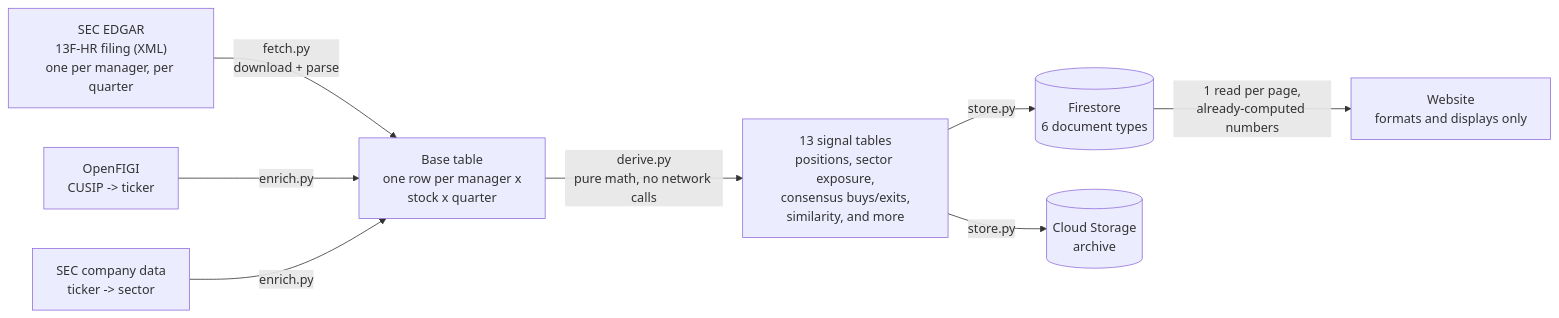
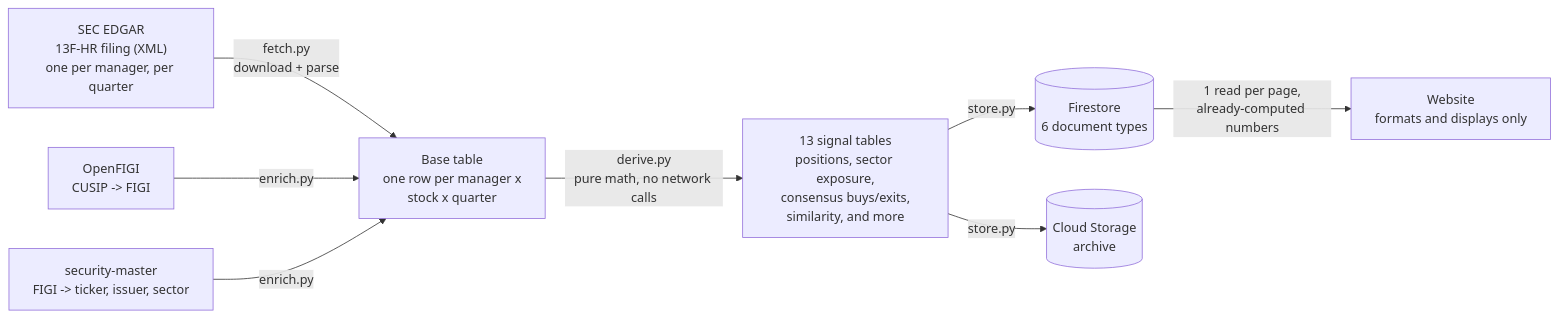
Before and after one commit to zhuy9/13f-dashboard: the second of 4 diagrams in docs/ARCHITECTURE.md, drawn with Mermaid. The commit also changed other lines of this file and 16 other files, not shown here.

````diff
--- a/docs/ARCHITECTURE.md
+++ b/docs/ARCHITECTURE.md
@@ -90,16 +94,16 @@
 ```mermaid
 flowchart LR
     A["SEC EDGAR\n13F-HR filing (XML)\none per manager, per quarter"]
 
     A -->|"fetch.py\ndownload + parse"| B["Base table\none row per manager x\nstock x quarter"]
 
-    C["OpenFIGI\nCUSIP -> ticker"] -->|"enrich.py"| B
-    D["SEC company data\nticker -> sector"] -->|"enrich.py"| B
+    C["OpenFIGI\nCUSIP -> FIGI"] -->|"enrich.py"| B
+    D["security-master\nFIGI -> ticker, issuer, sector"] -->|"enrich.py"| B
 
     B -->|"derive.py\npure math, no network calls"| E["13 signal tables\npositions, sector exposure,\nconsensus buys/exits,\nsimilarity, and more"]
 
     E -->|"store.py"| F[("Firestore\n6 document types")]
     E -->|"store.py"| G[("Cloud Storage\narchive")]
 
     F -->|"1 read per page,\nalready-computed numbers"| H["Website\nformats and displays only"]
 ```
````
